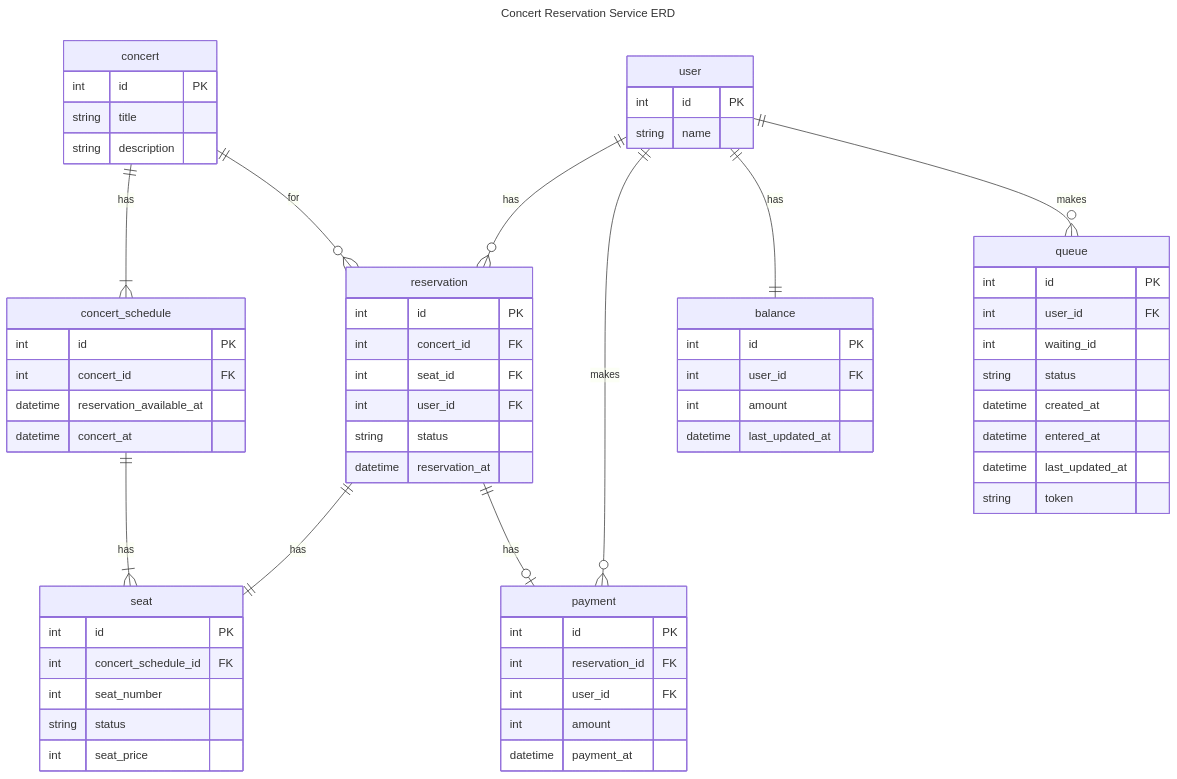
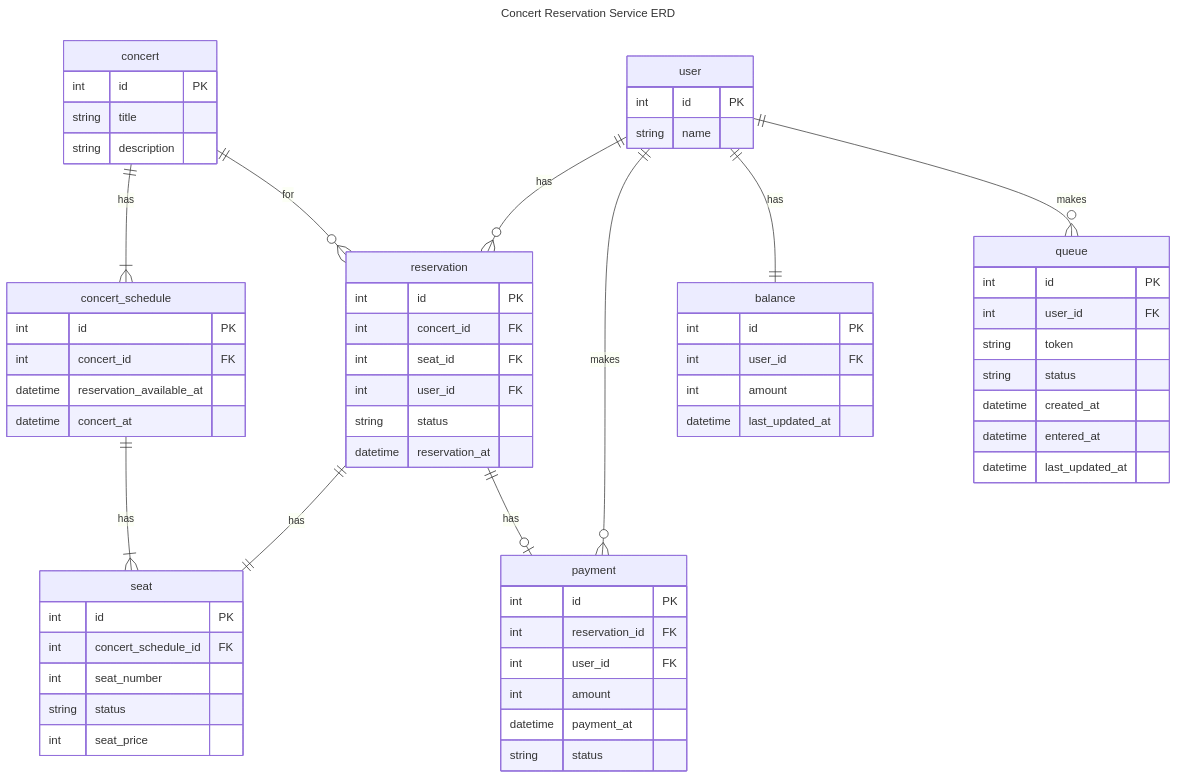
The diagram in docs/03_ERD.md (Goryeojin/hhplus-concert), drawn with Mermaid before and after one commit. The commit also changed 1 other file, not shown here.

Commit message:
docs: ERD 설계서, API 명세서 작성

````diff
--- a/docs/03_ERD.md
+++ b/docs/03_ERD.md
@@ -1,73 +1,73 @@
 ```mermaid
 ---
 title: Concert Reservation Service ERD
 ---
 erDiagram
     user ||--o{ reservation : has
     user ||--o{ payment : makes
     user ||--|| balance : has
     user ||--o{ queue : makes
     concert ||--|{ concert_schedule : has
     concert ||--o{ reservation : for
     concert_schedule ||--|{ seat : has
     reservation ||--|| seat : has
     reservation ||--o| payment : has
 
     concert {
         int id PK
         string title
         string description
     }
     concert_schedule {
         int id PK
         int concert_id FK
         datetime reservation_available_at
         datetime concert_at
     }
     seat {
         int id PK
         int concert_schedule_id FK
         int seat_number
         string status
         int seat_price
     }
 		
     reservation {
         int id PK
         int concert_id FK
         int seat_id FK
         int user_id FK
         string status
         datetime reservation_at
     }
 
     payment {
         int id PK
         int reservation_id FK
         int user_id FK
         int amount
         datetime payment_at
+        string status
     }
 
     balance {
         int id PK
         int user_id FK
         int amount
         datetime last_updated_at
     }
 
     queue {
         int id PK
         int user_id FK
-        int waiting_id
+        string token
         string status
         datetime created_at
         datetime entered_at
         datetime last_updated_at
-        string token
     }
     user {
         int id PK
         string name
     }
 ```
````
